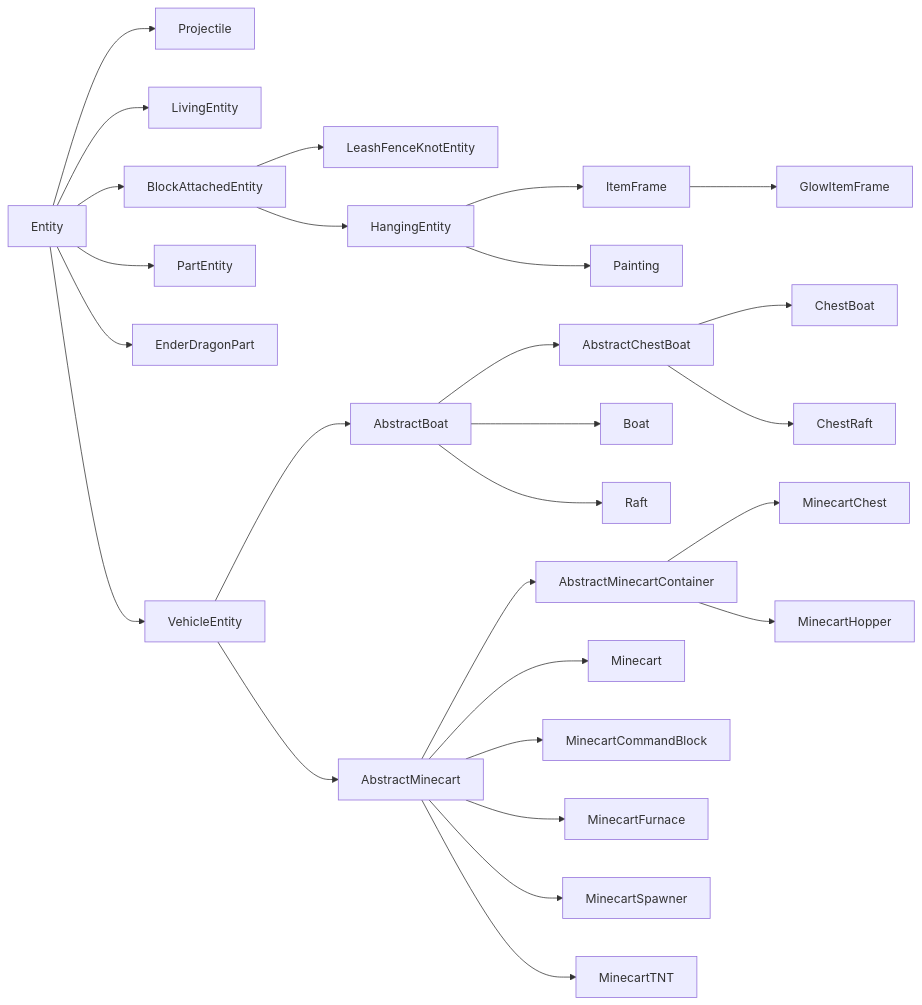
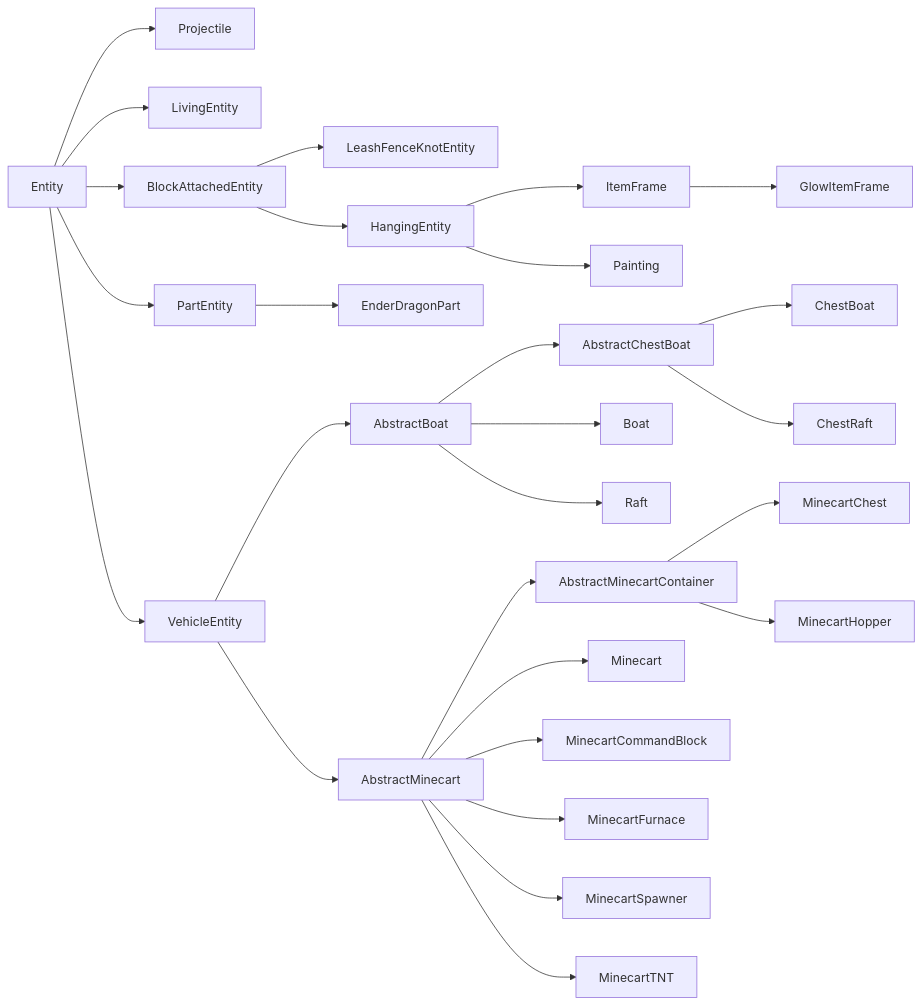
Before and after one commit to neoforged/Documentation: the first of 2 diagrams in docs/entities/index.md, drawn with Mermaid. The commit also changed other lines of this file and 132 other files, not shown here.

````diff
--- a/docs/entities/index.md
+++ b/docs/entities/index.md
@@ -327,32 +327,32 @@
 ```mermaid
 graph LR;
     Entity-->Projectile;
     Entity-->LivingEntity;
     Entity-->BlockAttachedEntity;
     BlockAttachedEntity-->LeashFenceKnotEntity;
     BlockAttachedEntity-->HangingEntity;
     HangingEntity-->ItemFrame;
     ItemFrame-->GlowItemFrame;
     HangingEntity-->Painting;
     Entity-->PartEntity;
-    Entity-->EnderDragonPart;
+    PartEntity-->EnderDragonPart;
     Entity-->VehicleEntity;
     VehicleEntity-->AbstractBoat;
     AbstractBoat-->AbstractChestBoat;
     AbstractChestBoat-->ChestBoat;
     AbstractChestBoat-->ChestRaft;
     AbstractBoat-->Boat;
     AbstractBoat-->Raft;
     VehicleEntity-->AbstractMinecart;
     AbstractMinecart-->AbstractMinecartContainer;
     AbstractMinecartContainer-->MinecartChest;
     AbstractMinecartContainer-->MinecartHopper;
     AbstractMinecart-->Minecart;
     AbstractMinecart-->MinecartCommandBlock;
     AbstractMinecart-->MinecartFurnace;
     AbstractMinecart-->MinecartSpawner;
     AbstractMinecart-->MinecartTNT;
     
     class Entity,Projectile,LivingEntity,BlockAttachedEntity,HangingEntity,PartEntity,VehicleEntity,AbstractBoat,AbstractChestBoat,AbstractMinecart,AbstractMinecartContainer red;
     class LeashFenceKnotEntity,ItemFrame,GlowItemFrame,Painting,EnderDragonPart,ChestBoat,ChestRaft,Boat,Raft,MinecartChest,MinecartHopper,Minecart,MinecartCommandBlock,MinecartCommandBlock,MinecartFurnace,MinecartSpawner,MinecartTNT blue;
 ```
````
